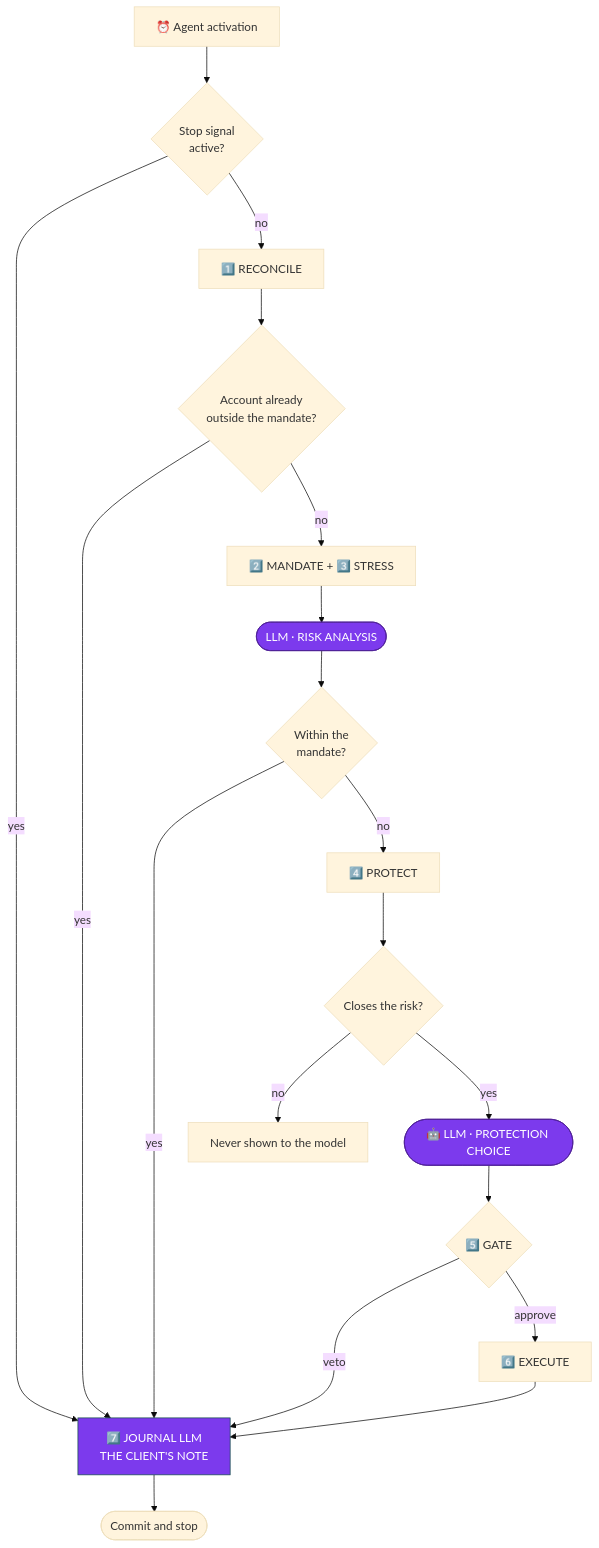
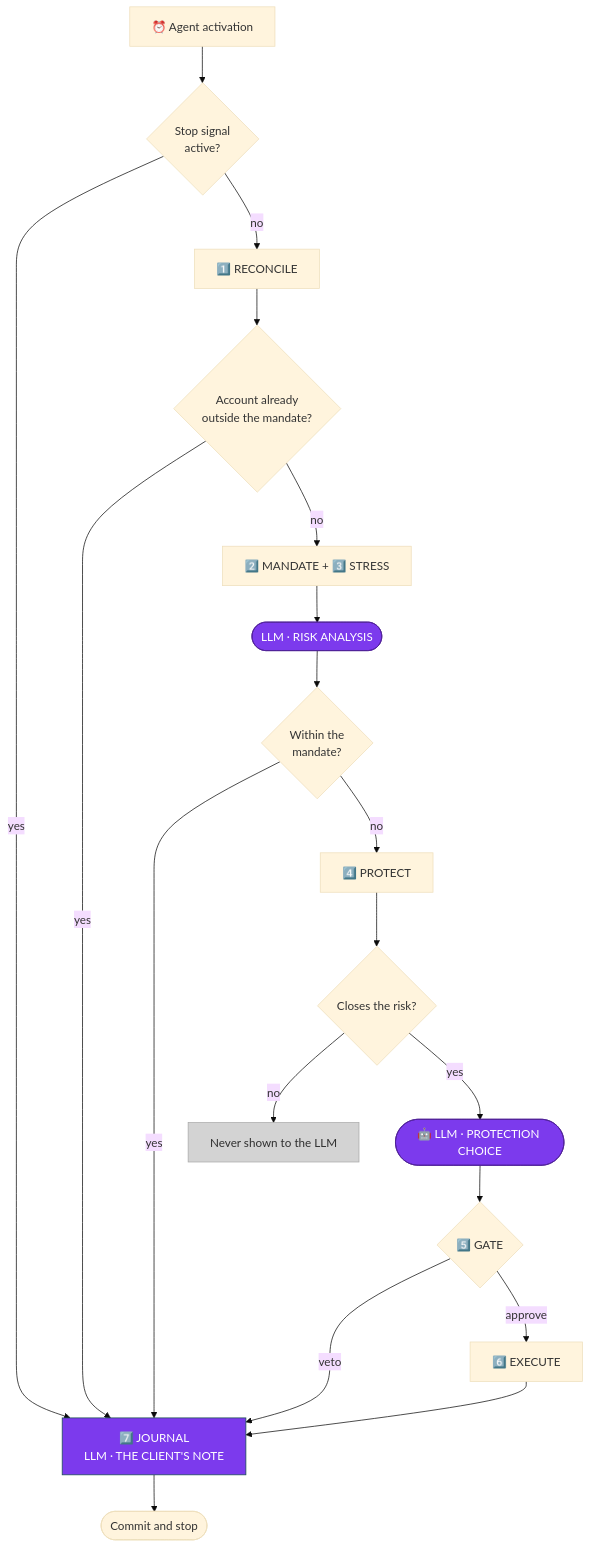
Before and after one commit to ol1ak5/Drawdown-Guard: the diagram in README.md, drawn with Mermaid (base theme).

Commit message:
Improve README explanation

````diff
--- a/README.md
+++ b/README.md
@@ -71,34 +71,35 @@
 ```mermaid
 flowchart TD
     CRON["⏰ Agent activation"] --> HALT{Stop signal<br/>active?}
     HALT -- yes --> JOURNAL
     HALT -- no --> RECONCILE
 
     RECONCILE["1️⃣ RECONCILE"] --> KILL{Account already<br/>outside the mandate?}
     KILL -- yes --> JOURNAL
     KILL -- no --> MANDATE
 
     MANDATE["2️⃣ MANDATE + 3️⃣ STRESS"] --> LLM1
     LLM1(["LLM · RISK ANALYSIS"]) --> GAP{Within the<br/>mandate?}
 
     GAP -- yes --> JOURNAL
     GAP -- no --> PROTECT
 
     PROTECT["4️⃣ PROTECT"] --> ELIGIBLE{Closes the risk?}
-    ELIGIBLE -- no --> DROP[Never shown to the model]
+    ELIGIBLE -- no --> DROP[Never shown to the LLM]
     ELIGIBLE -- yes --> LLM2
 
     LLM2(["🤖 LLM · PROTECTION CHOICE"]) --> GATE
 
     GATE{"5️⃣ GATE"}
     GATE -- veto --> JOURNAL
     GATE -- approve --> EXECUTE
 
     EXECUTE["6️⃣ EXECUTE"] --> JOURNAL
 
-    JOURNAL["7️⃣ JOURNAL LLM<br/>THE CLIENT'S NOTE"] --> END([Commit and stop])
+    JOURNAL["7️⃣ JOURNAL<br/>LLM · THE CLIENT'S NOTE"] --> END([Commit and stop])
 
     style LLM1 fill:#7c3aed,stroke:#4c1d95,color:#fff
     style LLM2 fill:#7c3aed,stroke:#4c1d95,color:#fff
     style JOURNAL fill:#7c3aed,stroke:#134e4a,color:#fff
+    style DROP fill:#d3d3d3,stroke:#a9a9a9,color:#2f2f2f
 ```
````
